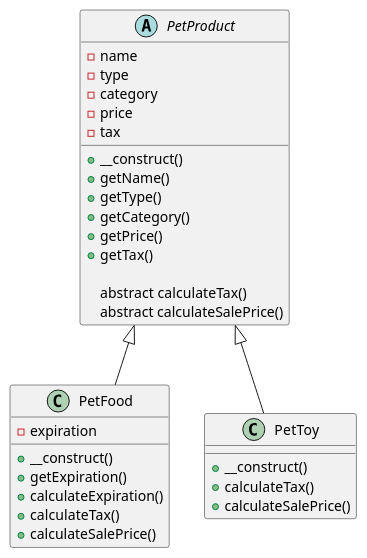
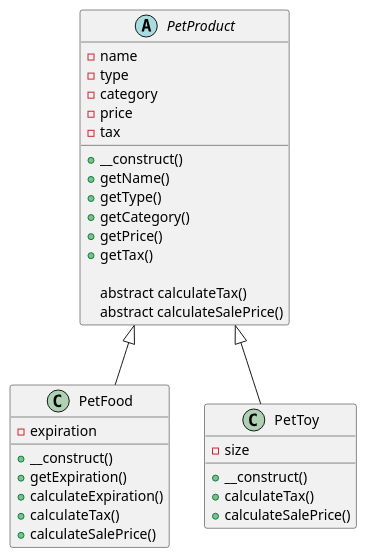
One commit to aysegulaksu/block3-adv-web changed the diagram in project-1/tables.puml. Above: the diagram before and after it, drawn with PlantUML. The commit also changed 1 other file, not shown here.

Commit message:
added pet toy size

```diff
--- a/project-1/tables.puml
+++ b/project-1/tables.puml
@@ -1,37 +1,38 @@
 @startuml
 
 abstract class PetProduct {
   - name
   - type
   - category
   - price
   - tax
 
   + __construct()
   + getName()
   + getType()
   + getCategory()
   + getPrice()
   + getTax()
   
   abstract calculateTax()
   abstract calculateSalePrice()
 }
 
 class PetFood extends PetProduct {
   - expiration
 
   + __construct()
   + getExpiration()
   + calculateExpiration()
   + calculateTax()
   + calculateSalePrice()
 }
 
 class PetToy extends PetProduct {
+  - size
   + __construct()
   + calculateTax()
   + calculateSalePrice()
 }
 
 @enduml
```
